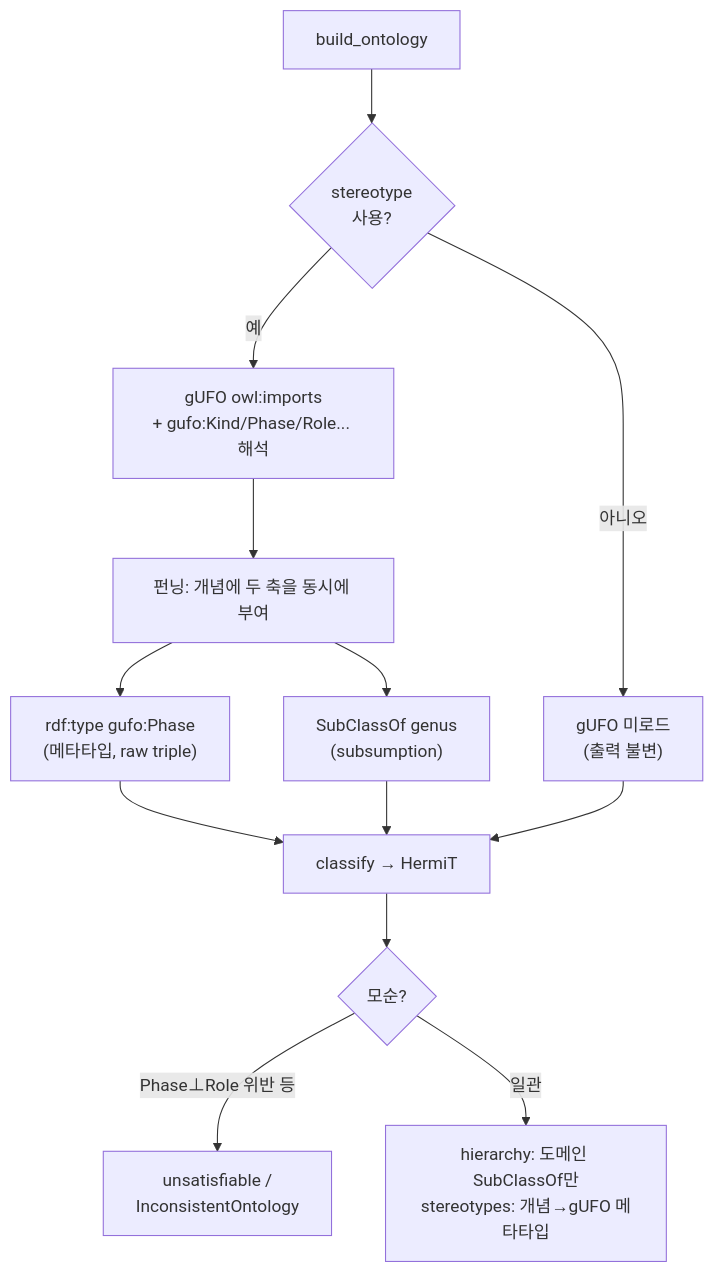
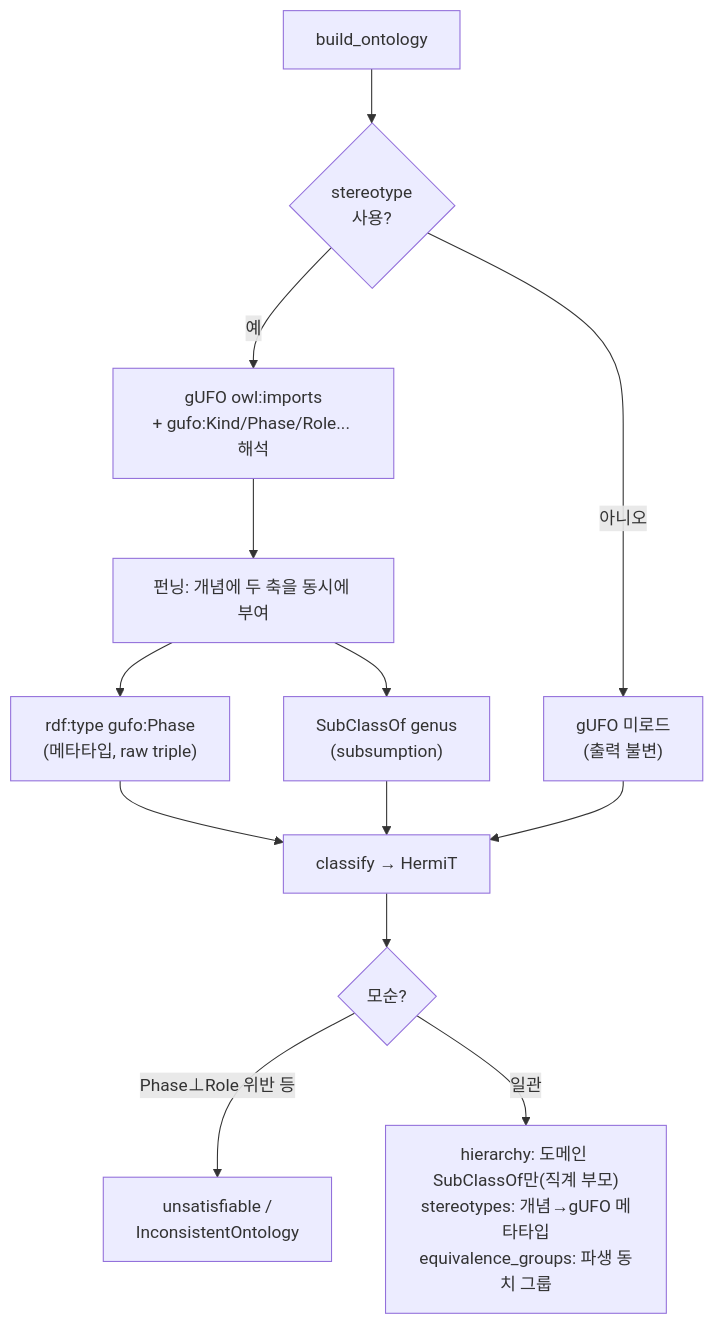
The third of 3 diagrams in docs/mechanism.md (goodand/concept-gate-taxonomy), drawn with Mermaid before and after one commit. The commit also changed other lines of this file and 1 other file, not shown here.

First line of the commit message:
docs(cg_owl): classify_owl 계약에 equivalence_groups·has_nontrivial 반영

````diff
--- a/docs/mechanism.md
+++ b/docs/mechanism.md
@@ -70,15 +70,15 @@
 ```mermaid
 flowchart TB
     B["build_ontology"] --> HAS{"stereotype<br/>사용?"}
     HAS -->|"아니오"| SKIP["gUFO 미로드<br/>(출력 불변)"]
     HAS -->|"예"| IMP["gUFO owl:imports<br/>+ gufo:Kind/Phase/Role... 해석"]
     IMP --> PUN["펀닝: 개념에 두 축을 동시에 부여"]
     PUN --> T1["rdf:type gufo:Phase<br/>(메타타입, raw triple)"]
     PUN --> T2["SubClassOf genus<br/>(subsumption)"]
     T1 --> CL["classify → HermiT"]
     T2 --> CL
     SKIP --> CL
     CL --> H{"모순?"}
     H -->|"Phase⊥Role 위반 등"| UNSAT["unsatisfiable /<br/>InconsistentOntology"]
-    H -->|"일관"| RES["hierarchy: 도메인 SubClassOf만<br/>stereotypes: 개념→gUFO 메타타입"]
+    H -->|"일관"| RES["hierarchy: 도메인 SubClassOf만(직계 부모)<br/>stereotypes: 개념→gUFO 메타타입<br/>equivalence_groups: 파생 동치 그룹"]
 ```
````
